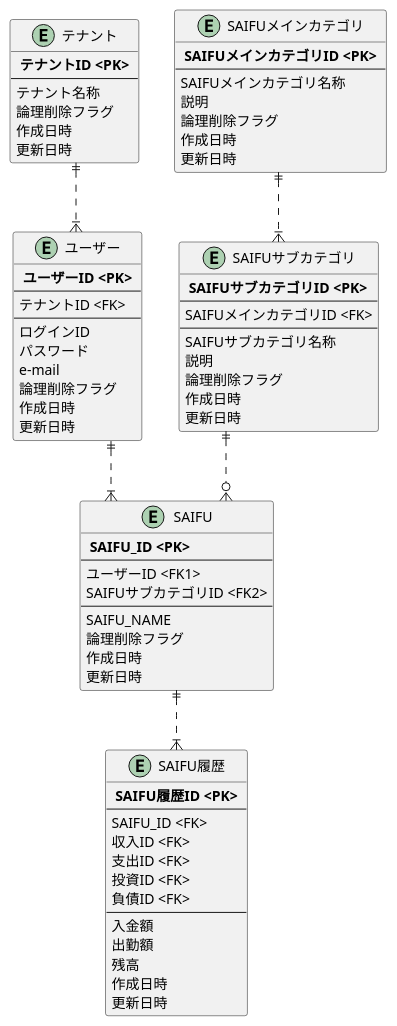
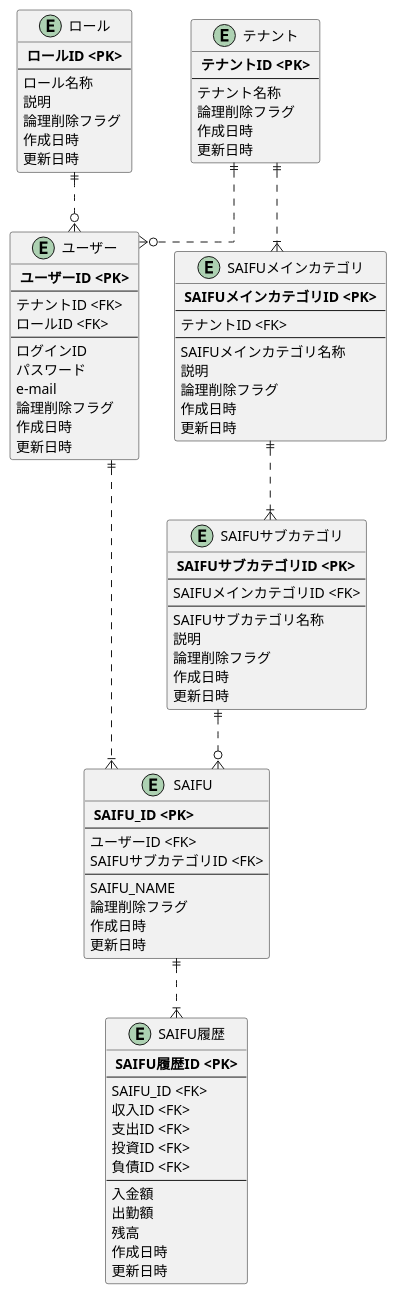
One commit to JojiKoike/saifu-docs changed the diagram in design/ER_Logical_saifu.wsd. Above: the diagram before and after it, drawn with PlantUML.

Commit message:
ロール追加、関連追加

```diff
--- a/design/ER_Logical_saifu.wsd
+++ b/design/ER_Logical_saifu.wsd
@@ -1,89 +1,104 @@
 @startuml ER_Concept
 skinparam linetype ortho
 
 ' Entity
 entity "テナント" as tenant {
   ** テナントID <PK> **
   --
   テナント名称
   論理削除フラグ
   作成日時
   更新日時
 }
 
 entity "ユーザー" as user {
   ** ユーザーID <PK> **
   --
   テナントID <FK>
+  ロールID <FK>
   --
   ログインID
   パスワード
   e-mail
   論理削除フラグ
   作成日時
   更新日時
 }
 
+entity "ロール" as role {
+  ** ロールID <PK> **
+  --
+  ロール名称
+  説明
+  論理削除フラグ
+  作成日時
+  更新日時
+}
+
 entity "SAIFU" as saifu {
   ** SAIFU_ID <PK> **
   --
-  ユーザーID <FK1>
-  SAIFUサブカテゴリID <FK2>
+  ユーザーID <FK>
+  SAIFUサブカテゴリID <FK>
   --
   SAIFU_NAME
   論理削除フラグ
   作成日時
   更新日時
 }
 
 entity "SAIFUメインカテゴリ" as saifuCategoryMain {
   ** SAIFUメインカテゴリID <PK> **
+  --
+  テナントID <FK>
   --
   SAIFUメインカテゴリ名称
   説明
   論理削除フラグ
   作成日時
   更新日時
 }
 
 entity "SAIFUサブカテゴリ" as saifuCategorySub {
   ** SAIFUサブカテゴリID <PK> **
   --
   SAIFUメインカテゴリID <FK>
   --
   SAIFUサブカテゴリ名称
   説明
   論理削除フラグ
   作成日時
   更新日時
 }
 
 entity "SAIFU履歴" as saifuHistory {
   ** SAIFU履歴ID <PK> **
   --
   SAIFU_ID <FK>
   収入ID <FK>
   支出ID <FK>
   投資ID <FK>
   負債ID <FK>
   --
   入金額
   出勤額
   残高
   作成日時
   更新日時
 }
 
 
 ' Relation
 
 ' Account
-tenant ||..|{user
+tenant ||..o{user
+role ||..o{user
 
 ' SAIFU
 user ||..|{saifu
 saifu ||..|{saifuHistory
+tenant ||..|{saifuCategoryMain
 saifuCategoryMain ||..|{saifuCategorySub
 saifuCategorySub ||..o{saifu
 
 @enduml
```
